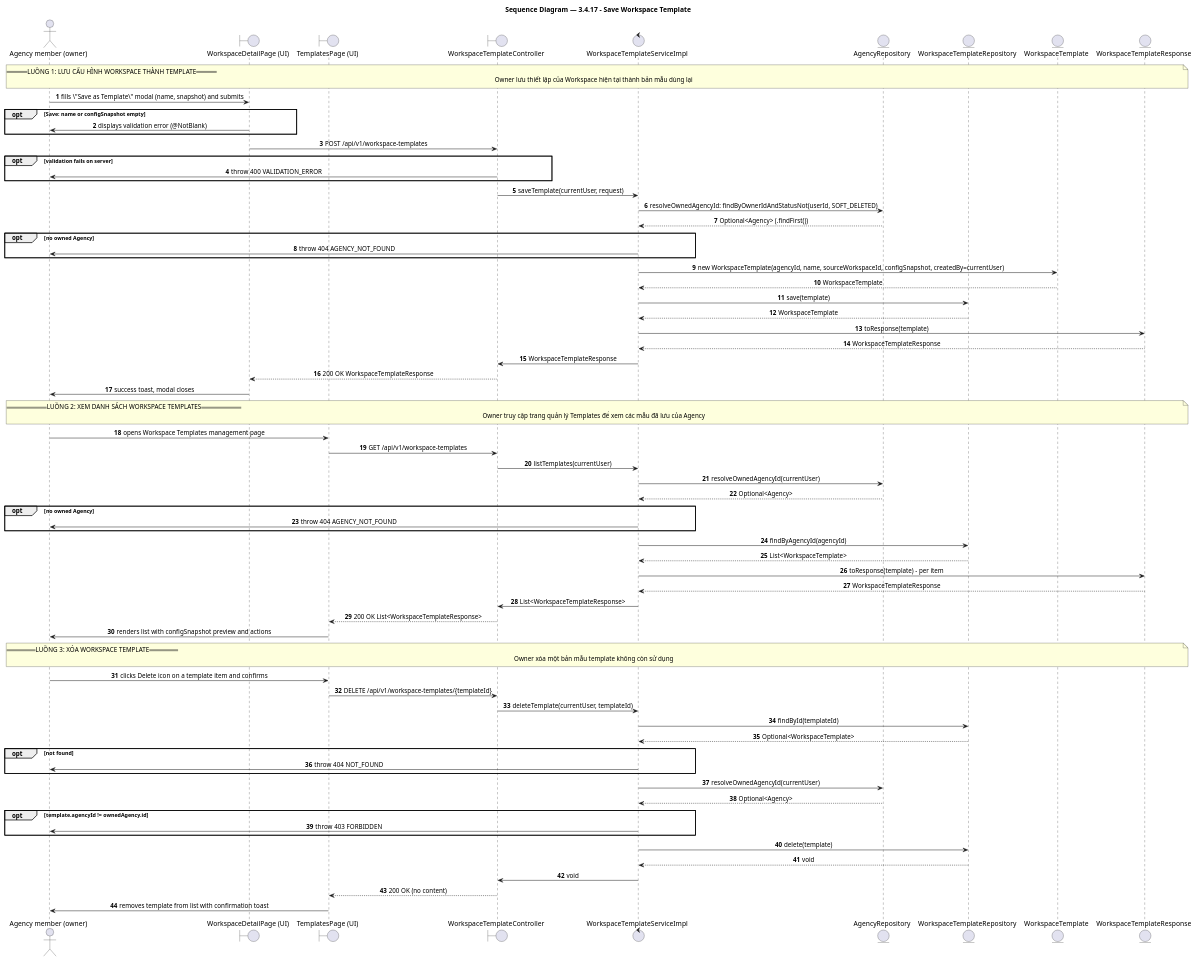
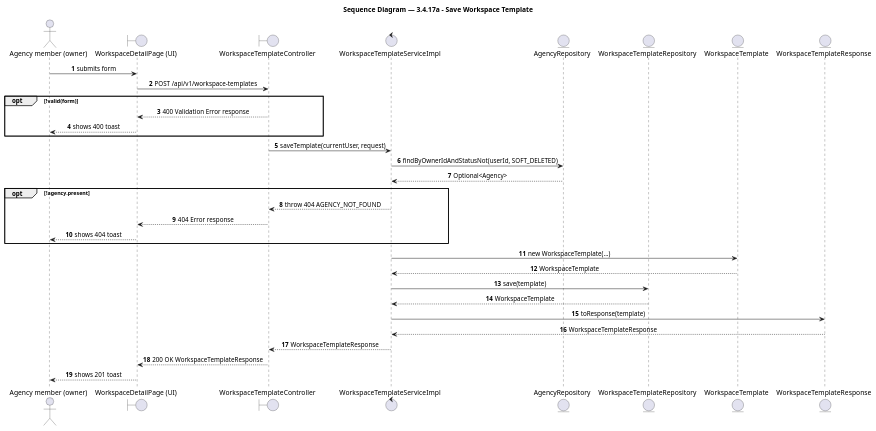
Before and after one commit to BrandHubOrganization/brandhub-infrastructure: the diagram in docs/feature/agency-workspace/3-4-17-save-workspace-template/report4_sequence.puml, drawn with PlantUML. The commit also changed 33 other files, not shown here.

Commit message:
docs: add PlantUML sequence diagrams and class diagrams for agency workspace and profile features

```diff
--- a/docs/feature/agency-workspace/3-4-17-save-workspace-template/report4_sequence.puml
+++ b/docs/feature/agency-workspace/3-4-17-save-workspace-template/report4_sequence.puml
@@ -1,89 +1,45 @@
-@startuml 3.4.17 - Save Workspace Template
-title Sequence Diagram — 3.4.17 - Save Workspace Template
+@startuml 3.4.17a - Save Workspace Template
+title Sequence Diagram — 3.4.17a - Save Workspace Template
 
 autonumber
 skinparam shadowing false
 skinparam sequenceMessageAlign center
 skinparam BoxPadding 10
 skinparam ParticipantPadding 10
 
 ' === Participants ===
 actor "Agency member (owner)" as agency_member_owner
 boundary "WorkspaceDetailPage (UI)" as workspacedetailpage_ui
-boundary "TemplatesPage (UI)" as templatespage_ui
 boundary "WorkspaceTemplateController" as workspacetemplatecontroller
 control "WorkspaceTemplateServiceImpl" as workspacetemplateserviceimpl
 entity "AgencyRepository" as agencyrepository
 entity "WorkspaceTemplateRepository" as workspacetemplaterepository
 entity "WorkspaceTemplate" as workspacetemplate
 entity "WorkspaceTemplateResponse" as workspacetemplateresponse
 
-' === Flow 1 ===
-note over agency_member_owner, workspacetemplateresponse : == LUỒNG 1: LƯU CẤU HÌNH WORKSPACE THÀNH TEMPLATE ==\nOwner lưu thiết lập của Workspace hiện tại thành bản mẫu dùng lại
-
-agency_member_owner -> workspacedetailpage_ui: fills \"Save as Template\" modal (name, snapshot) and submits
-opt Save: name or configSnapshot empty
-  workspacedetailpage_ui -> agency_member_owner: displays validation error (@NotBlank)
-end
+' === Flow: Save Workspace Template ===
+agency_member_owner -> workspacedetailpage_ui: submits form
 workspacedetailpage_ui -> workspacetemplatecontroller: POST /api/v1/workspace-templates
-opt validation fails on server
-  workspacetemplatecontroller -> agency_member_owner: throw 400 VALIDATION_ERROR
+opt !valid(form)
+  workspacetemplatecontroller --> workspacedetailpage_ui: 400 Validation Error response
+  workspacedetailpage_ui --> agency_member_owner: shows 400 toast
 end
 workspacetemplatecontroller -> workspacetemplateserviceimpl: saveTemplate(currentUser, request)
-workspacetemplateserviceimpl -> agencyrepository: resolveOwnedAgencyId: findByOwnerIdAndStatusNot(userId, SOFT_DELETED)
-agencyrepository --> workspacetemplateserviceimpl: Optional<Agency> (.findFirst())
-opt no owned Agency
-  workspacetemplateserviceimpl -> agency_member_owner: throw 404 AGENCY_NOT_FOUND
+workspacetemplateserviceimpl -> agencyrepository: findByOwnerIdAndStatusNot(userId, SOFT_DELETED)
+agencyrepository --> workspacetemplateserviceimpl: Optional<Agency>
+opt !agency.present
+  workspacetemplateserviceimpl --> workspacetemplatecontroller: throw 404 AGENCY_NOT_FOUND
+  workspacetemplatecontroller --> workspacedetailpage_ui: 404 Error response
+  workspacedetailpage_ui --> agency_member_owner: shows 404 toast
 end
-workspacetemplateserviceimpl -> workspacetemplate: new WorkspaceTemplate(agencyId, name, sourceWorkspaceId, configSnapshot, createdBy=currentUser)
+workspacetemplateserviceimpl -> workspacetemplate: new WorkspaceTemplate(...)
 workspacetemplate --> workspacetemplateserviceimpl: WorkspaceTemplate
 workspacetemplateserviceimpl -> workspacetemplaterepository: save(template)
 workspacetemplaterepository --> workspacetemplateserviceimpl: WorkspaceTemplate
 workspacetemplateserviceimpl -> workspacetemplateresponse: toResponse(template)
 workspacetemplateresponse --> workspacetemplateserviceimpl: WorkspaceTemplateResponse
-workspacetemplateserviceimpl -> workspacetemplatecontroller: WorkspaceTemplateResponse
+workspacetemplateserviceimpl --> workspacetemplatecontroller: WorkspaceTemplateResponse
 workspacetemplatecontroller --> workspacedetailpage_ui: 200 OK WorkspaceTemplateResponse
-workspacedetailpage_ui -> agency_member_owner: success toast, modal closes
-
-' === Flow 2 ===
-note over agency_member_owner, workspacetemplateresponse : == LUỒNG 2: XEM DANH SÁCH WORKSPACE TEMPLATES ==\nOwner truy cập trang quản lý Templates để xem các mẫu đã lưu của Agency
-
-agency_member_owner -> templatespage_ui: opens Workspace Templates management page
-templatespage_ui -> workspacetemplatecontroller: GET /api/v1/workspace-templates
-workspacetemplatecontroller -> workspacetemplateserviceimpl: listTemplates(currentUser)
-workspacetemplateserviceimpl -> agencyrepository: resolveOwnedAgencyId(currentUser)
-agencyrepository --> workspacetemplateserviceimpl: Optional<Agency>
-opt no owned Agency
-  workspacetemplateserviceimpl -> agency_member_owner: throw 404 AGENCY_NOT_FOUND
-end
-workspacetemplateserviceimpl -> workspacetemplaterepository: findByAgencyId(agencyId)
-workspacetemplaterepository --> workspacetemplateserviceimpl: List<WorkspaceTemplate>
-workspacetemplateserviceimpl -> workspacetemplateresponse: toResponse(template) - per item
-workspacetemplateresponse --> workspacetemplateserviceimpl: WorkspaceTemplateResponse
-workspacetemplateserviceimpl -> workspacetemplatecontroller: List<WorkspaceTemplateResponse>
-workspacetemplatecontroller --> templatespage_ui: 200 OK List<WorkspaceTemplateResponse>
-templatespage_ui -> agency_member_owner: renders list with configSnapshot preview and actions
-
-' === Flow 3 ===
-note over agency_member_owner, workspacetemplateresponse : == LUỒNG 3: XÓA WORKSPACE TEMPLATE ==\nOwner xóa một bản mẫu template không còn sử dụng
-
-agency_member_owner -> templatespage_ui: clicks Delete icon on a template item and confirms
-templatespage_ui -> workspacetemplatecontroller: DELETE /api/v1/workspace-templates/{templateId}
-workspacetemplatecontroller -> workspacetemplateserviceimpl: deleteTemplate(currentUser, templateId)
-workspacetemplateserviceimpl -> workspacetemplaterepository: findById(templateId)
-workspacetemplaterepository --> workspacetemplateserviceimpl: Optional<WorkspaceTemplate>
-opt not found
-  workspacetemplateserviceimpl -> agency_member_owner: throw 404 NOT_FOUND
-end
-workspacetemplateserviceimpl -> agencyrepository: resolveOwnedAgencyId(currentUser)
-agencyrepository --> workspacetemplateserviceimpl: Optional<Agency>
-opt template.agencyId != ownedAgency.id
-  workspacetemplateserviceimpl -> agency_member_owner: throw 403 FORBIDDEN
-end
-workspacetemplateserviceimpl -> workspacetemplaterepository: delete(template)
-workspacetemplaterepository --> workspacetemplateserviceimpl: void
-workspacetemplateserviceimpl -> workspacetemplatecontroller: void
-workspacetemplatecontroller --> templatespage_ui: 200 OK (no content)
-templatespage_ui -> agency_member_owner: removes template from list with confirmation toast
+workspacedetailpage_ui --> agency_member_owner: shows 201 toast
 
 @enduml
```
